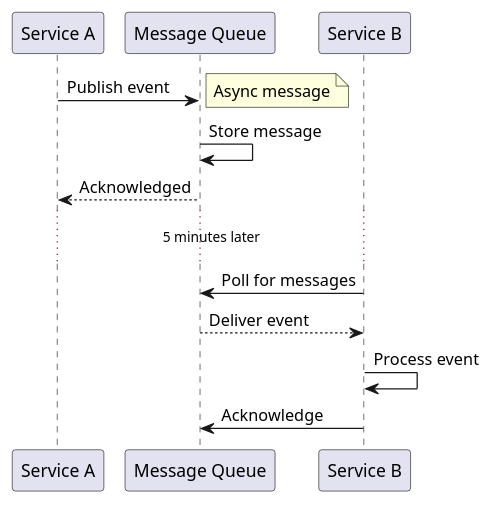
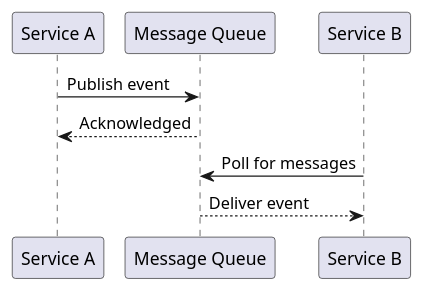
One commit to VivekGupta137/vgblog changed the second of 2 diagrams in src/content/docs/guides/example.md. Above: the diagram before and after it, drawn with PlantUML. The commit also changed other lines of this file, not shown here.

````diff
--- a/src/content/docs/guides/example.md
+++ b/src/content/docs/guides/example.md
@@ -21,19 +43,12 @@
 ```plantuml
 @startuml
 participant "Service A" as A
 participant "Message Queue" as MQ
 participant "Service B" as B
 
 A -> MQ: Publish event
-note right: Async message
-MQ -> MQ: Store message
 MQ --> A: Acknowledged
-
-... 5 minutes later ...
-
 B -> MQ: Poll for messages
 MQ --> B: Deliver event
-B -> B: Process event
-B -> MQ: Acknowledge
 @enduml
 ```
````
